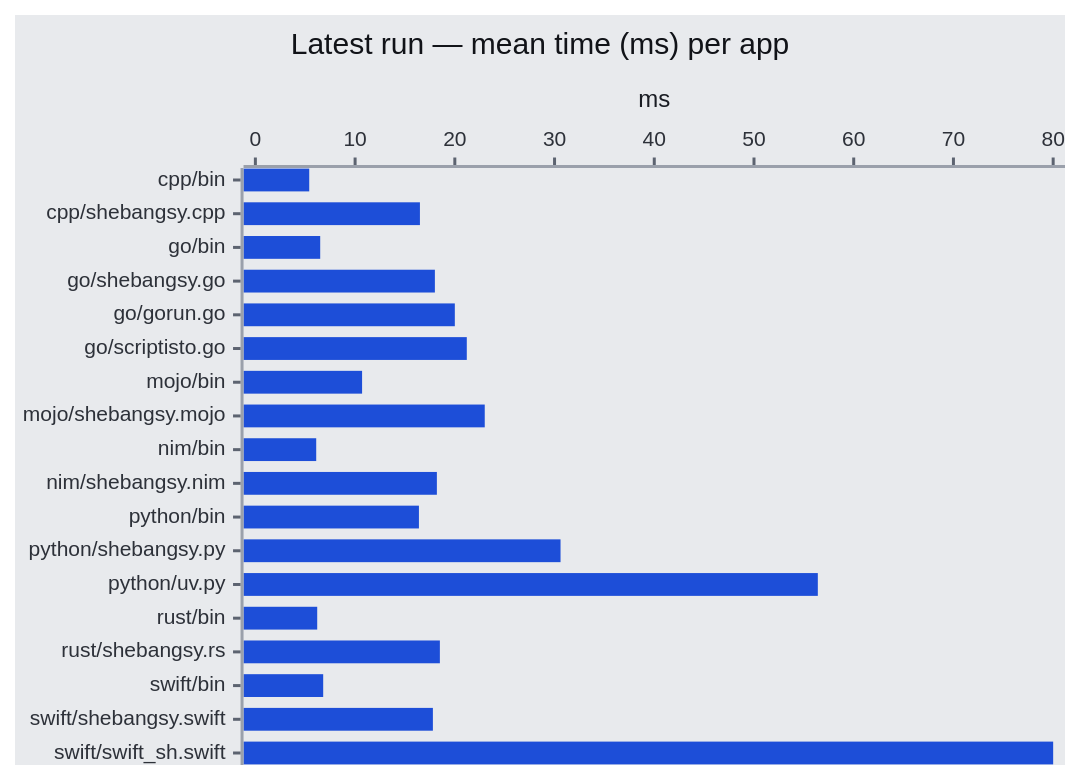
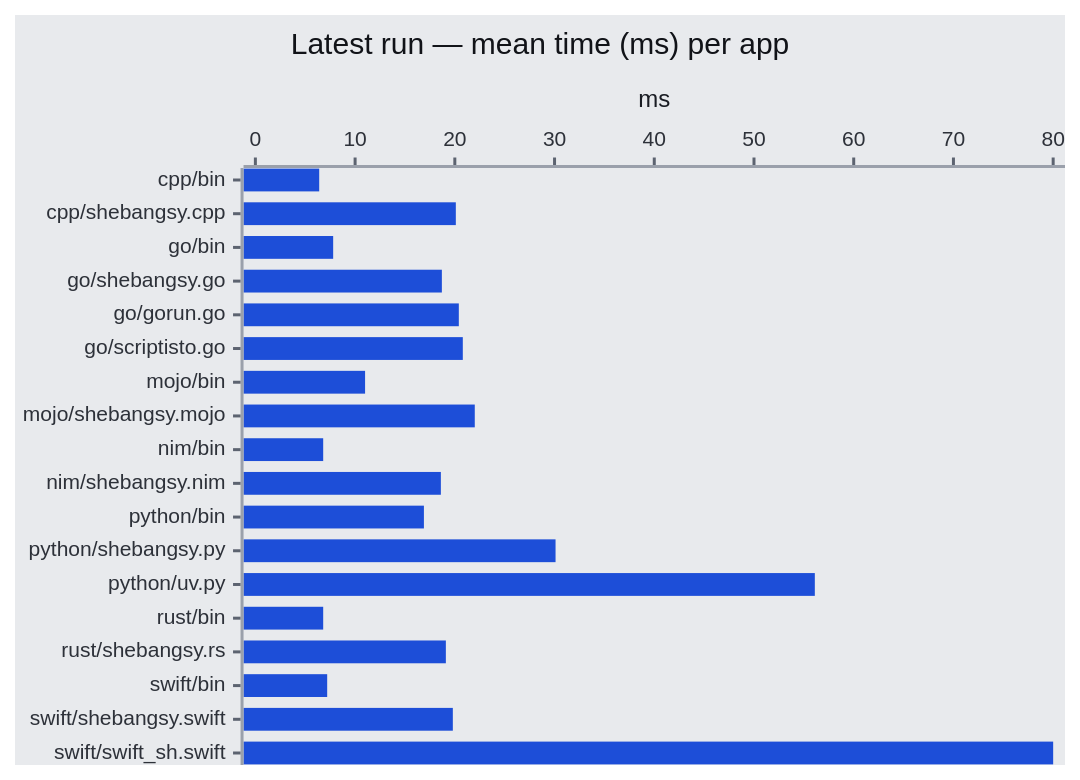
Before and after one commit to bdombro/shebangsy: the second of 5 diagrams in benches-report.md, drawn with Mermaid. The commit also changed other lines of this file and 18 other files, not shown here.

````diff
--- a/benches-report.md
+++ b/benches-report.md
@@ -45,23 +45,23 @@
 ```mermaid
 ---
 config:
   themeVariables:
     xyChart:
       backgroundColor: "#e8eaed"
       plotColorPalette: "#1d4ed8, #1d4ed8, #15803d, #15803d, #15803d, #15803d, #a16207, #a16207, #7c3aed, #7c3aed, #b91c1c, #b91c1c, #b91c1c, #0e7490, #0e7490, #4338ca, #4338ca, #4338ca"
       titleColor: "#111318"
       xAxisLabelColor: "#2d3139"
       yAxisLabelColor: "#2d3139"
       xAxisTitleColor: "#1a1d24"
       yAxisTitleColor: "#1a1d24"
       xAxisLineColor: "#9aa0ab"
       yAxisLineColor: "#9aa0ab"
       xAxisTickColor: "#5c6370"
       yAxisTickColor: "#5c6370"
 ---
 xychart-beta horizontal
     title "Latest run — mean time (ms) per app"
     x-axis ["cpp/bin", "cpp/shebangsy.cpp", "go/bin", "go/shebangsy.go", "go/gorun.go", "go/scriptisto.go", "mojo/bin", "mojo/shebangsy.mojo", "nim/bin", "nim/shebangsy.nim", "python/bin", "python/shebangsy.py", "python/uv.py", "rust/bin", "rust/shebangsy.rs", "swift/bin", "swift/shebangsy.swift", "swift/swift_sh.swift"]
     y-axis "ms" 0 --> 80
-    bar [5.4, 16.5, 6.5, 18.0, 20.0, 21.2, 10.7, 23.0, 6.1, 18.2, 16.4, 30.6, 56.4, 6.2, 18.5, 6.8, 17.8, 80.0]
+    bar [6.4, 20.1, 7.8, 18.7, 20.4, 20.8, 11.0, 22.0, 6.8, 18.6, 16.9, 30.1, 56.1, 6.8, 19.1, 7.2, 19.8, 80.0]
 ```
````
